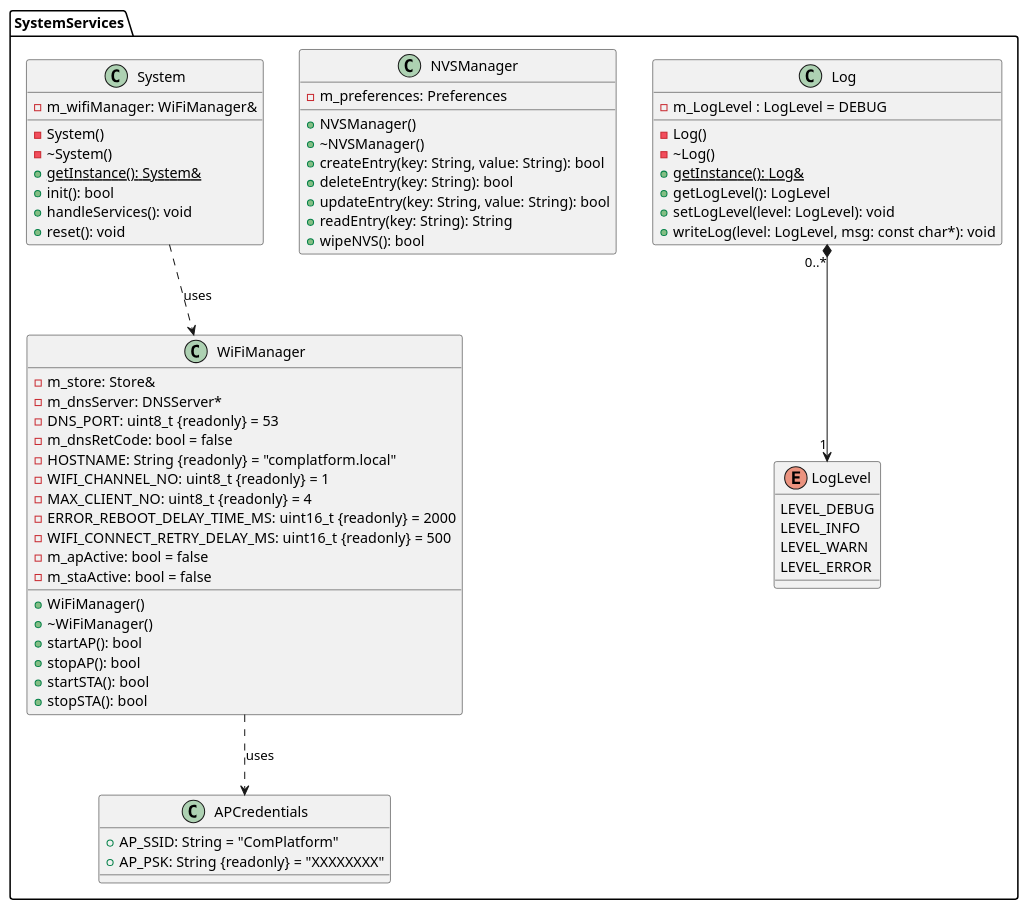
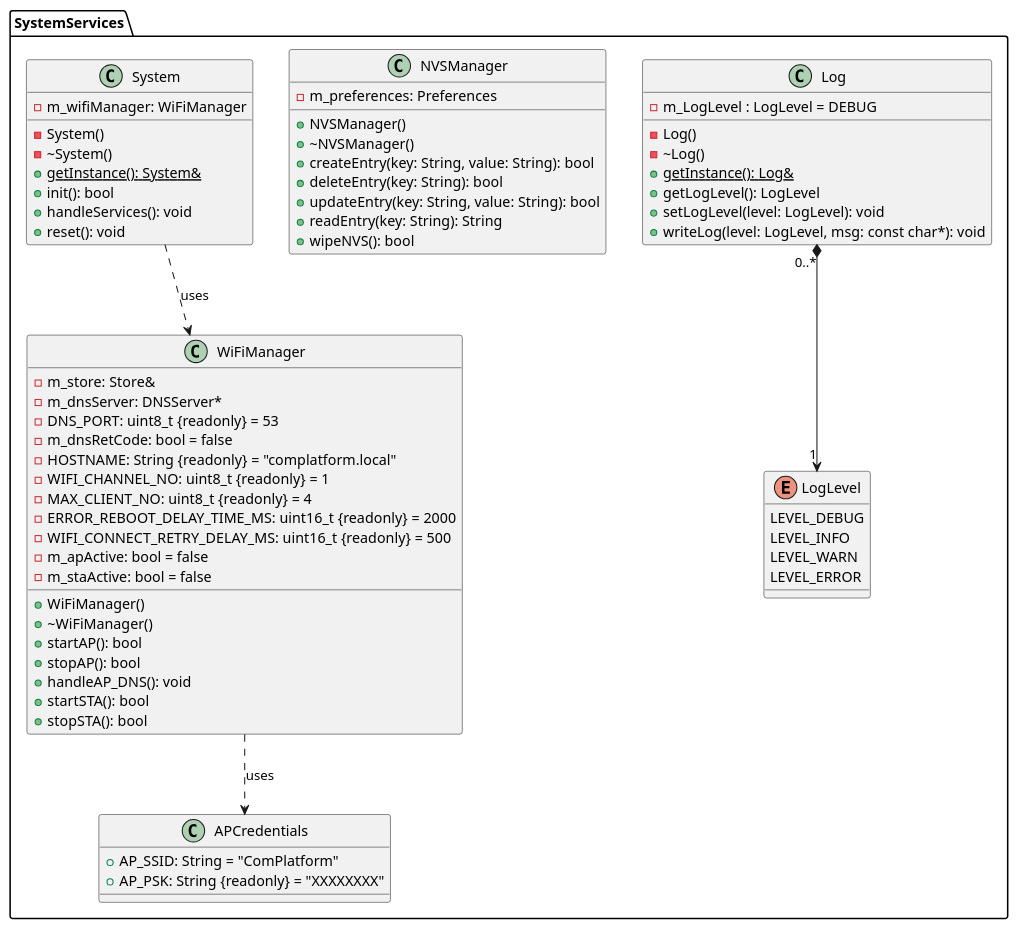
The diagram in doc/design/server/ClassDiagrams/05_SystemServices.plantuml (NewTec-GmbH/ZumoComSystem), drawn with PlantUML before and after one commit. The commit also changed 1 other file, not shown here.

Commit message:
Update design diagrams

```diff
--- a/doc/design/server/ClassDiagrams/05_SystemServices.plantuml
+++ b/doc/design/server/ClassDiagrams/05_SystemServices.plantuml
@@ -1,77 +1,78 @@
 @startuml
 package SystemServices {
     enum LogLevel
     {
         LEVEL_DEBUG
         LEVEL_INFO
         LEVEL_WARN
         LEVEL_ERROR
     }
 
     class Log
     {
         - m_LogLevel : LogLevel = DEBUG
 
         - Log()
         - ~Log()
         {static} + getInstance(): Log&
         + getLogLevel(): LogLevel
         + setLogLevel(level: LogLevel): void
         + writeLog(level: LogLevel, msg: const char*): void
     }
     Log "0..*" *--> "1" LogLevel
 
     class NVSManager
     {
         - m_preferences: Preferences
 
         + NVSManager()
         + ~NVSManager()
         + createEntry(key: String, value: String): bool
         + deleteEntry(key: String): bool
         + updateEntry(key: String, value: String): bool
         + readEntry(key: String): String
         + wipeNVS(): bool
     }
 
     class APCredentials
     {
         + AP_SSID: String = "ComPlatform"
         + AP_PSK: String {readonly} = "XXXXXXXX"
     }
 
     class WiFiManager
     {
         - m_store: Store&
         - m_dnsServer: DNSServer*
         - DNS_PORT: uint8_t {readonly} = 53
         - m_dnsRetCode: bool = false
         - HOSTNAME: String {readonly} = "complatform.local"
         - WIFI_CHANNEL_NO: uint8_t {readonly} = 1
         - MAX_CLIENT_NO: uint8_t {readonly} = 4
         - ERROR_REBOOT_DELAY_TIME_MS: uint16_t {readonly} = 2000
         - WIFI_CONNECT_RETRY_DELAY_MS: uint16_t {readonly} = 500
         - m_apActive: bool = false
         - m_staActive: bool = false
         + WiFiManager()
         + ~WiFiManager()
         + startAP(): bool
         + stopAP(): bool
+        + handleAP_DNS(): void
         + startSTA(): bool
         + stopSTA(): bool
     }
     WiFiManager ..> APCredentials : uses
 
     class System
     {
-        - m_wifiManager: WiFiManager&
+        - m_wifiManager: WiFiManager
         - System()
         - ~System()
         + {static} getInstance(): System&
         + init(): bool
         + handleServices(): void
         + reset(): void
     }
     System ..> WiFiManager : uses
 }
 @enduml
```
